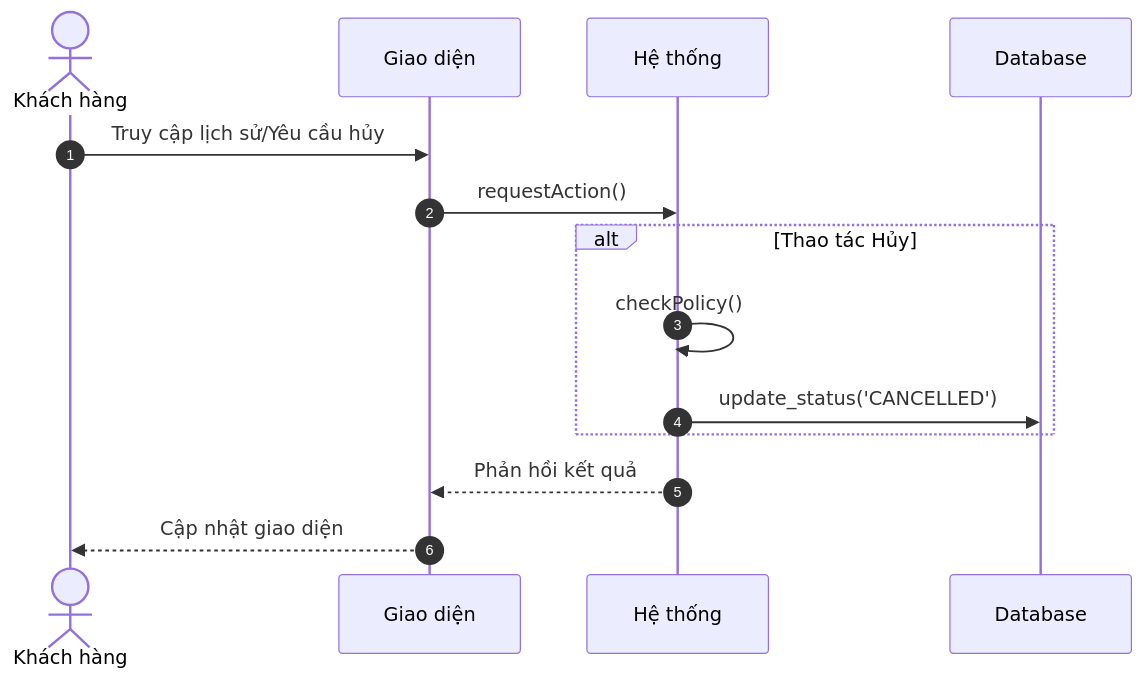
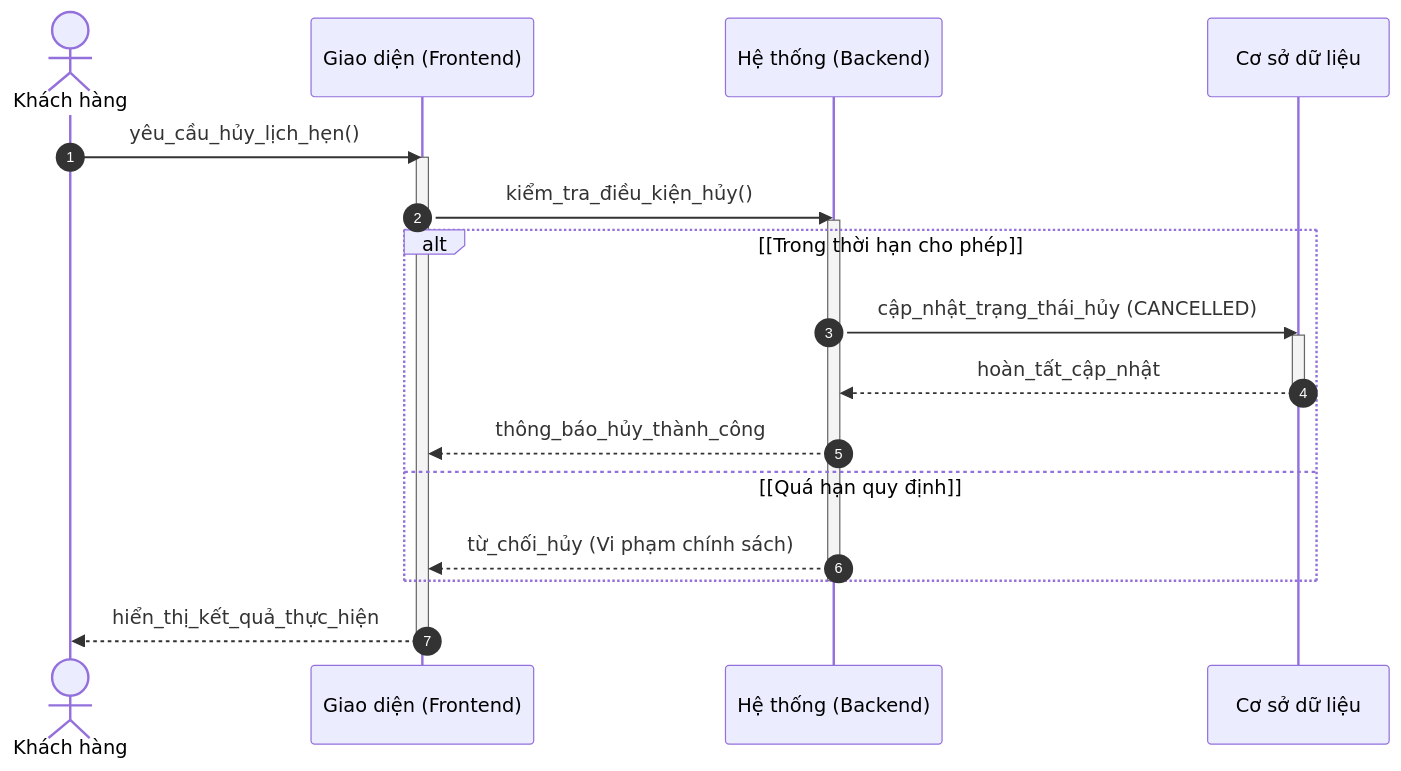
Before and after one commit to ngoctinn/Synapse: the fourth of 4 diagrams in docs/design/sequences_simplified/customer_flows.md, drawn with Mermaid. The commit also changed other lines of this file and 4 other files, not shown here.

Commit message:
docs: Add simplified sequence diagrams for receptionist, technician, admin, customer, and authentication flows.

````diff
--- a/docs/design/sequences_simplified/customer_flows.md
+++ b/docs/design/sequences_simplified/customer_flows.md
@@ -111,19 +98,26 @@
 ```mermaid
 sequenceDiagram
     autonumber
     actor KH as Khách hàng
-    participant UI as Giao diện
-    participant HT as Hệ thống
-    participant DB as Database
+    participant FE as Giao diện (Frontend)
+    participant BE as Hệ thống (Backend)
+    participant DB as Cơ sở dữ liệu
 
-    KH->>UI: Truy cập lịch sử/Yêu cầu hủy
-    UI->>HT: requestAction()
+    KH->>FE: yêu_cầu_hủy_lịch_hẹn()
+    activate FE
+    FE->>BE: kiểm_tra_điều_kiện_hủy()
+    activate BE
 
-    alt Thao tác Hủy
-        HT->>HT: checkPolicy()
-        HT->>DB: update_status('CANCELLED')
+    alt [Trong thời hạn cho phép]
+        BE->>DB: cập_nhật_trạng_thái_hủy (CANCELLED)
+        activate DB
+        DB-->>BE: hoàn_tất_cập_nhật
+        deactivate DB
+        BE-->>FE: thông_báo_hủy_thành_công
+    else [Quá hạn quy định]
+        BE-->>FE: từ_chối_hủy (Vi phạm chính sách)
     end
-
-    HT-->>UI: Phản hồi kết quả
-    UI-->>KH: Cập nhật giao diện
+    deactivate BE
+    FE-->>KH: hiển_thị_kết_quả_thực_hiện
+    deactivate FE
 ```
````
